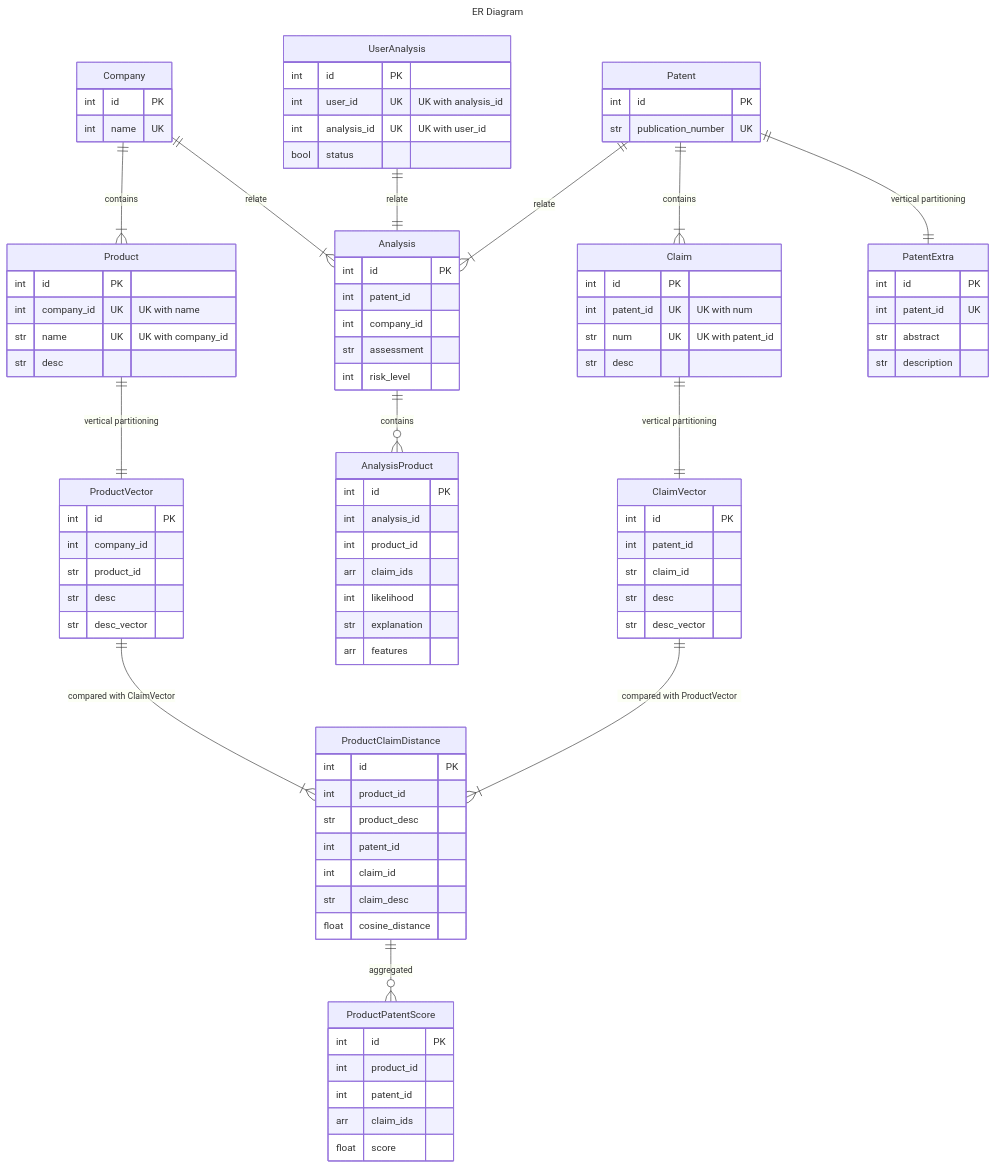
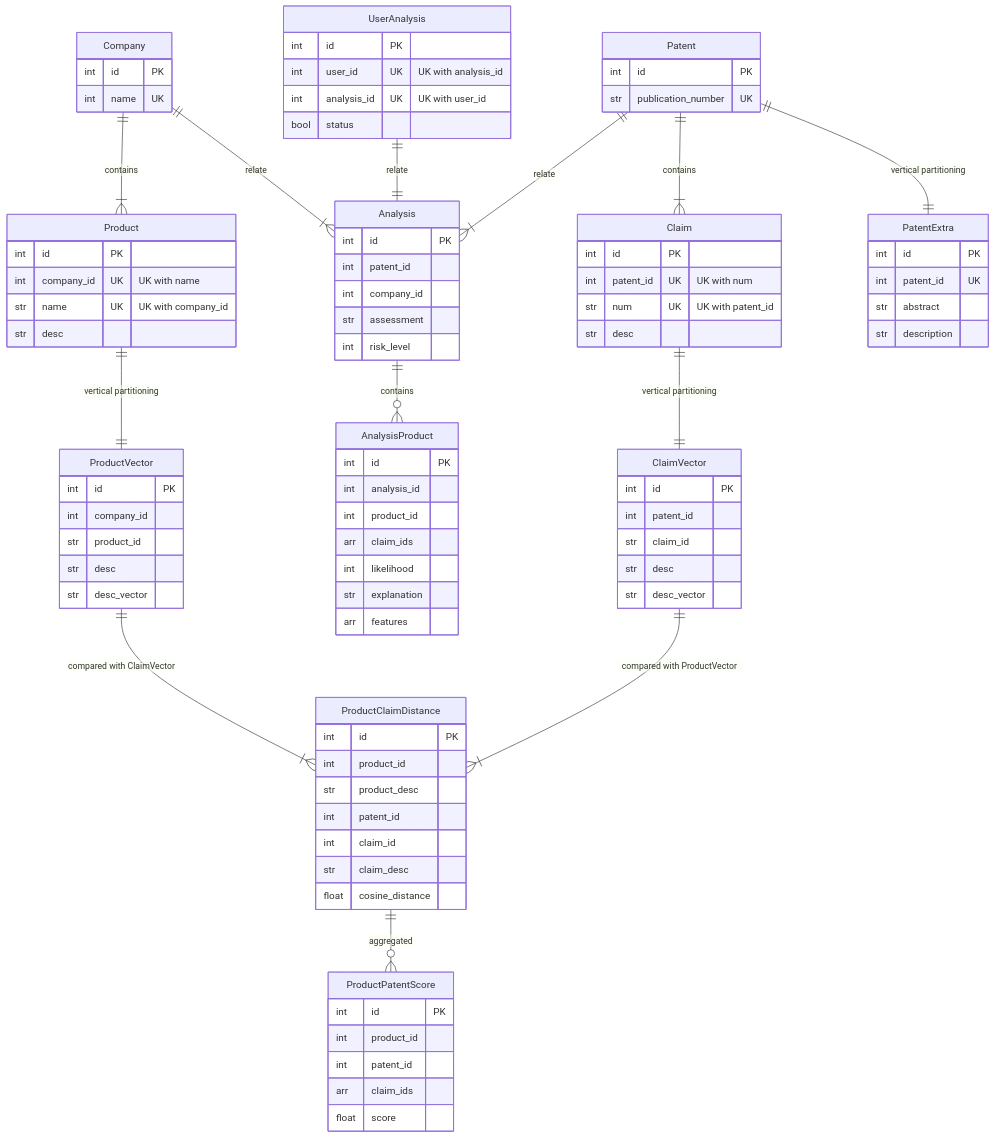
One commit to dychendavid/patent_check_api changed the first of 2 diagrams in README.md. Above: the diagram before and after it, drawn with Mermaid. The commit also changed other lines of this file, not shown here.

````diff
--- a/README.md
+++ b/README.md
@@ -62,7 +70,4 @@
 ```mermaid
----
-title: ER Diagram
----
 erDiagram
 
     Company ||--|{ Product : contains
@@ -75,14 +80,10 @@
     Patent ||--|{ Analysis : relate
     UserAnalysis ||--|| Analysis : relate
 
-
     Patent ||--|{ Claim : contains
     Patent ||--|| PatentExtra : "vertical partitioning"
     Claim ||--|| ClaimVector : "vertical partitioning"
     ClaimVector ||--|{ ProductClaimDistance : "compared with ProductVector"
-
-
-
 
     Company {
         int id PK
````
